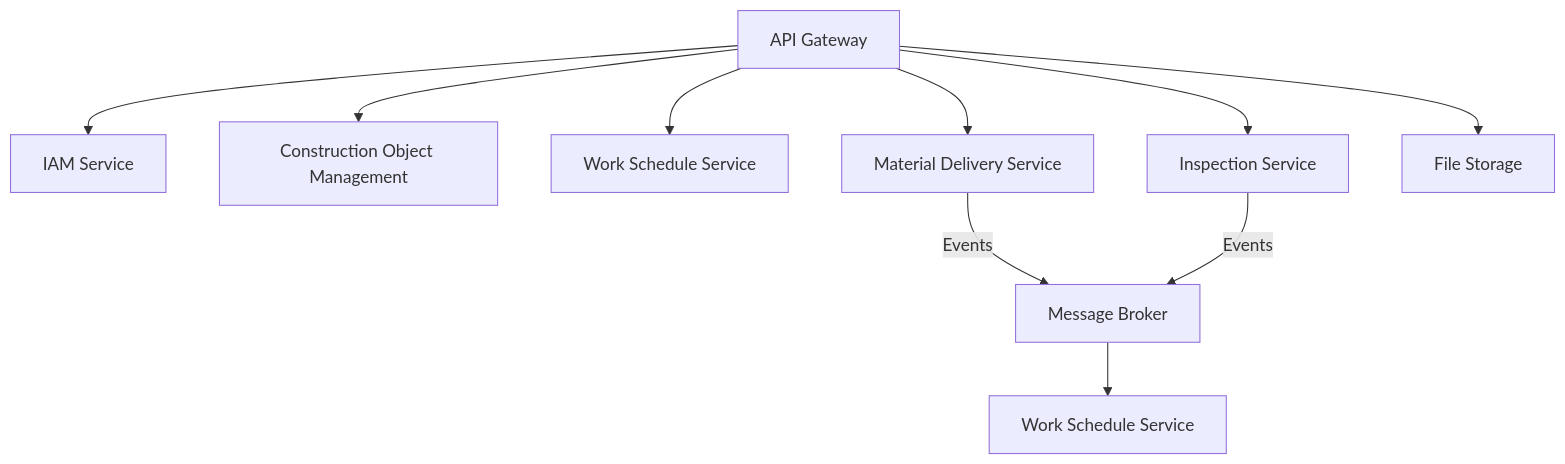
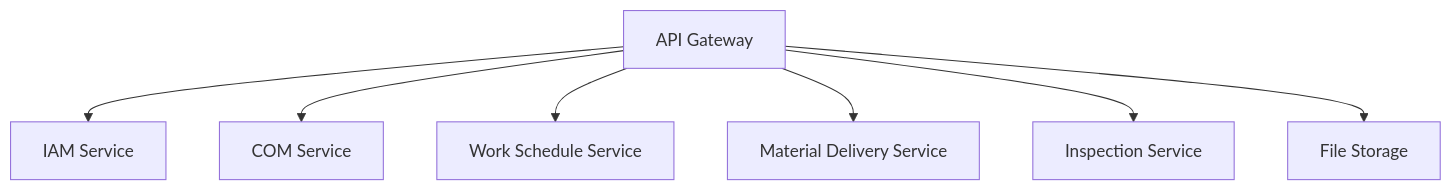
The first of 5 diagrams in docs/README.md (vovmn/top_secret), drawn with Mermaid before and after one commit. The commit also changed other lines of this file, not shown here.

````diff
--- a/docs/README.md
+++ b/docs/README.md
@@ -6,12 +6,9 @@
 ```mermaid
 graph TD
     A[API Gateway] --> B[IAM Service]
-    A --> C[Construction Object Management]
+    A --> C[COM Service]
     A --> D[Work Schedule Service]
     A --> E[Material Delivery Service]
     A --> F[Inspection Service]
     A --> G[File Storage]
-    E -->|Events| H[Message Broker]
-    F -->|Events| H
-    H --> I[Work Schedule Service]
 ```
````
